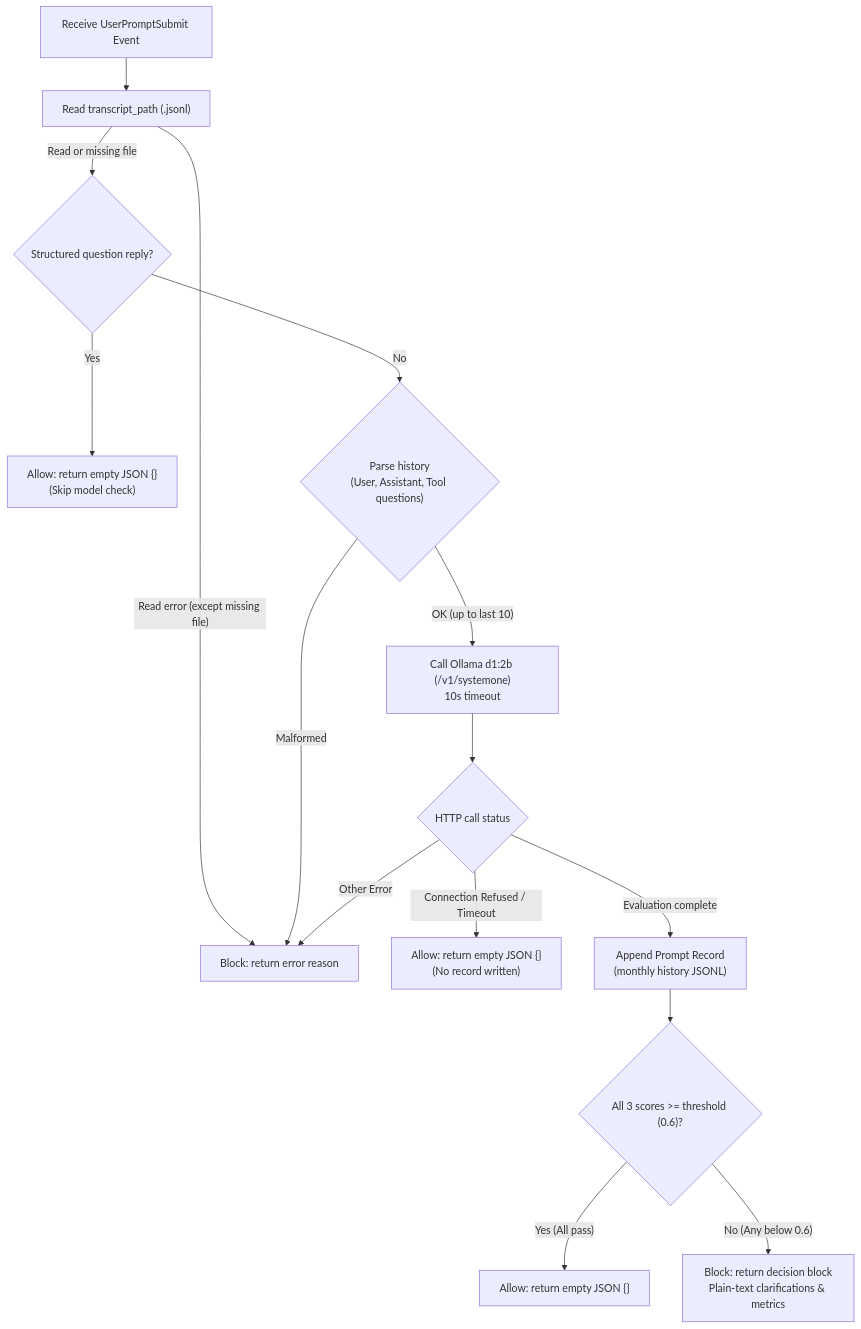
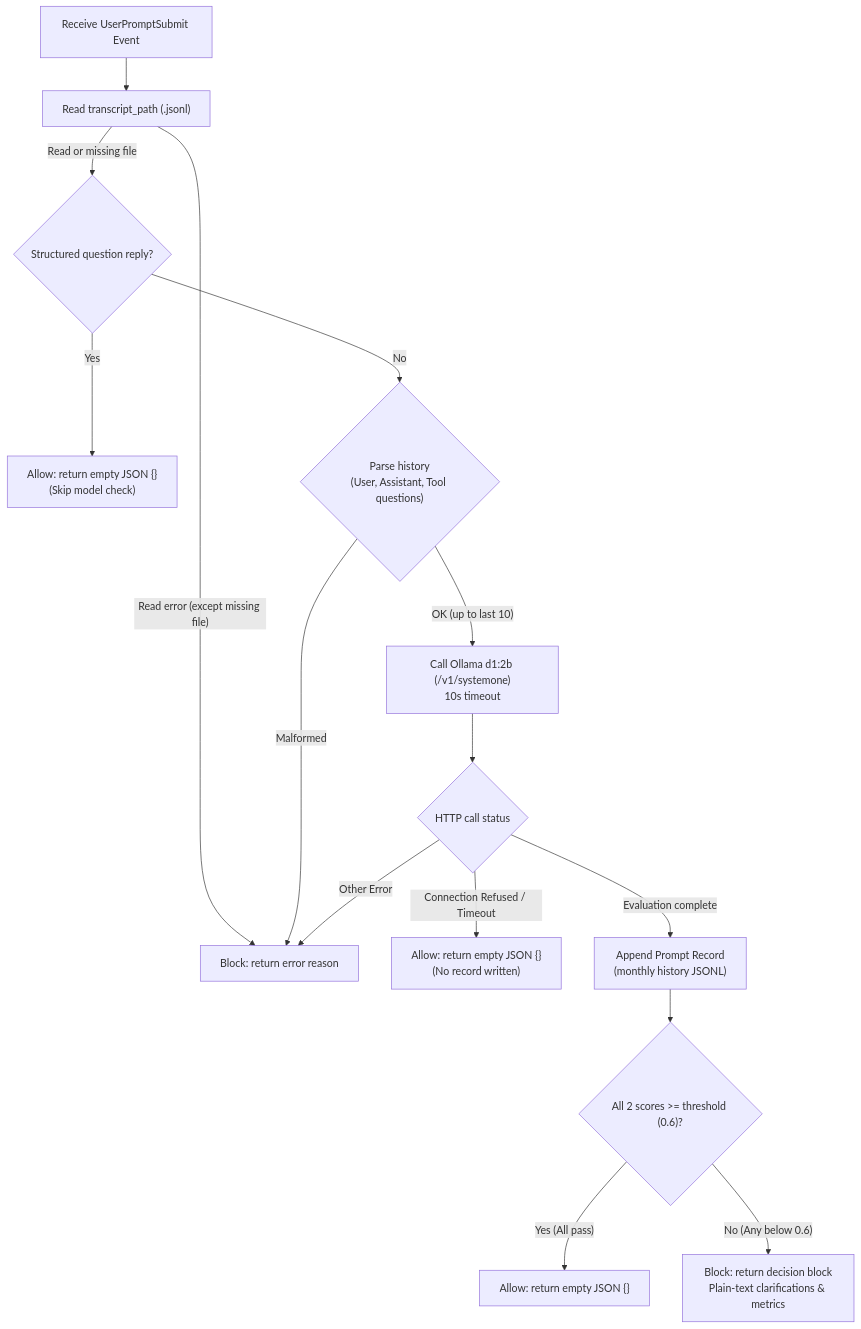
One commit to tyPhoon-collab/user-prompt-checker changed the second of 2 diagrams in README.md. Above: the diagram before and after it, drawn with Mermaid. The commit also changed other lines of this file and 14 other files, not shown here.

````diff
--- a/README.md
+++ b/README.md
@@ -109,19 +109,19 @@
 ```mermaid
 flowchart TD
     Start["Receive UserPromptSubmit Event"] --> ReadTranscript["Read transcript_path (.jsonl)"]
     ReadTranscript -- "Read error (except missing file)" --> BlockError["Block: return error reason"]
     ReadTranscript -- "Read or missing file" --> IsReply{"Structured question reply?"}
     IsReply -- "Yes" --> AllowSkip["Allow: return empty JSON {}\n(Skip model check)"]
     IsReply -- "No" --> ParseHistory{"Parse history\n(User, Assistant, Tool questions)"}
     ParseHistory -- "Malformed" --> BlockError
     ParseHistory -- "OK (up to last 10)" --> CallOllama["Call Ollama d1:2b (/v1/systemone)\n10s timeout"]
 
     CallOllama --> NetResult{"HTTP call status"}
     NetResult -- "Connection Refused / Timeout" --> AllowNet["Allow: return empty JSON {}\n(No record written)"]
     NetResult -- "Other Error" --> BlockError
     NetResult -- "Evaluation complete" --> SaveHistory["Append Prompt Record\n(monthly history JSONL)"]
-    SaveHistory --> EvaluateScores{"All 3 scores >= threshold (0.6)?"}
+    SaveHistory --> EvaluateScores{"All 2 scores >= threshold (0.6)?"}
 
     EvaluateScores -- "Yes (All pass)" --> AllowPass["Allow: return empty JSON {}"]
     EvaluateScores -- "No (Any below 0.6)" --> BlockDecision["Block: return decision block\nPlain-text clarifications & metrics"]
 ```
````
